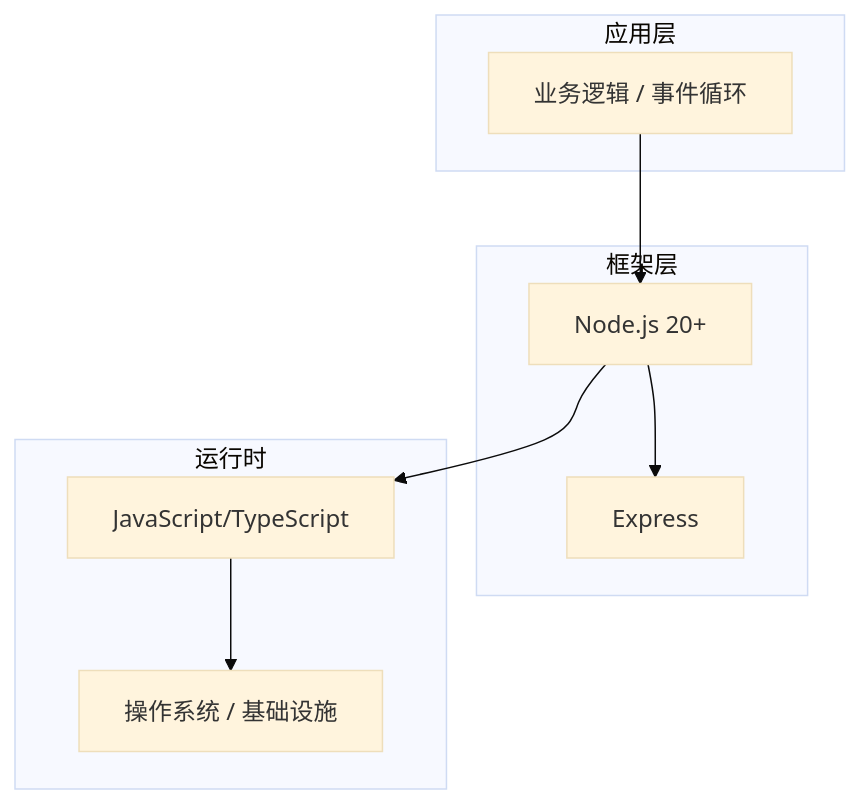
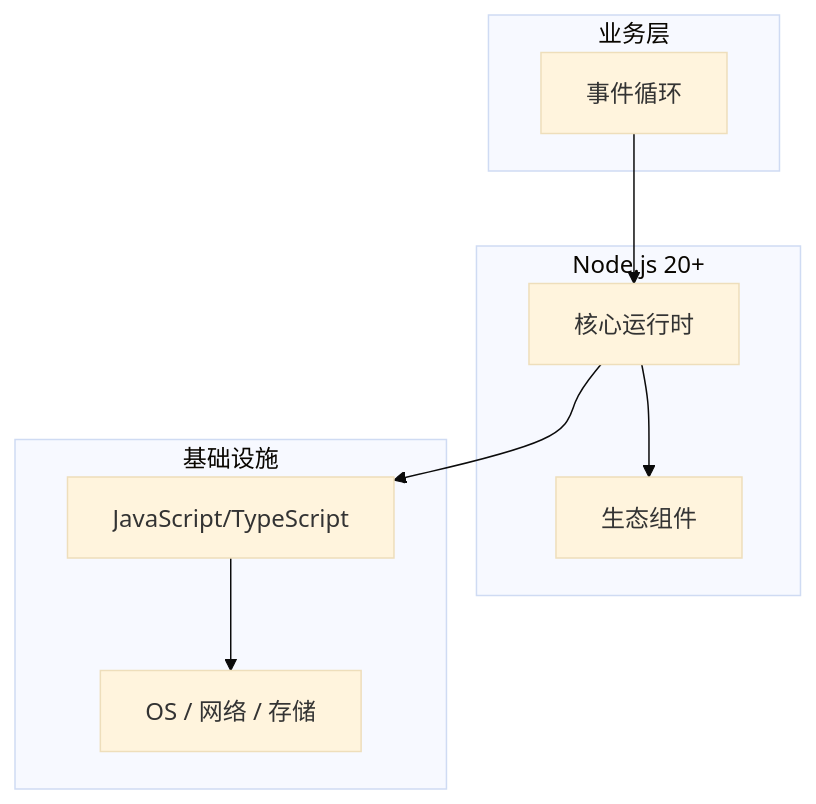
Before and after one commit to yanggan2015/knowledge-json-v2: the diagram in articles/Node.js/chapters/016-事件循环核心概念与原理.md, drawn with Mermaid (base theme). The commit also changed other lines of this file and 10127 other files, not shown here.

````diff
--- a/articles/Node.js/chapters/016-事件循环核心概念与原理.md
+++ b/articles/Node.js/chapters/016-事件循环核心概念与原理.md
@@ -45,18 +34,18 @@
 ```mermaid
 graph TB
-    subgraph 应用层
-        A[业务逻辑 / 事件循环]
+    subgraph 业务层
+        A[事件循环]
     end
-    subgraph 框架层
-        B[Node.js 20+]
-        C[Express]
+    subgraph Node.js 20+
+        B[核心运行时]
+        C[生态组件]
     end
-    subgraph 运行时
+    subgraph 基础设施
         D[JavaScript/TypeScript]
-        E[操作系统 / 基础设施]
+        E[OS / 网络 / 存储]
     end
     A --> B
     B --> C
     B --> D
     D --> E
 ```
````
